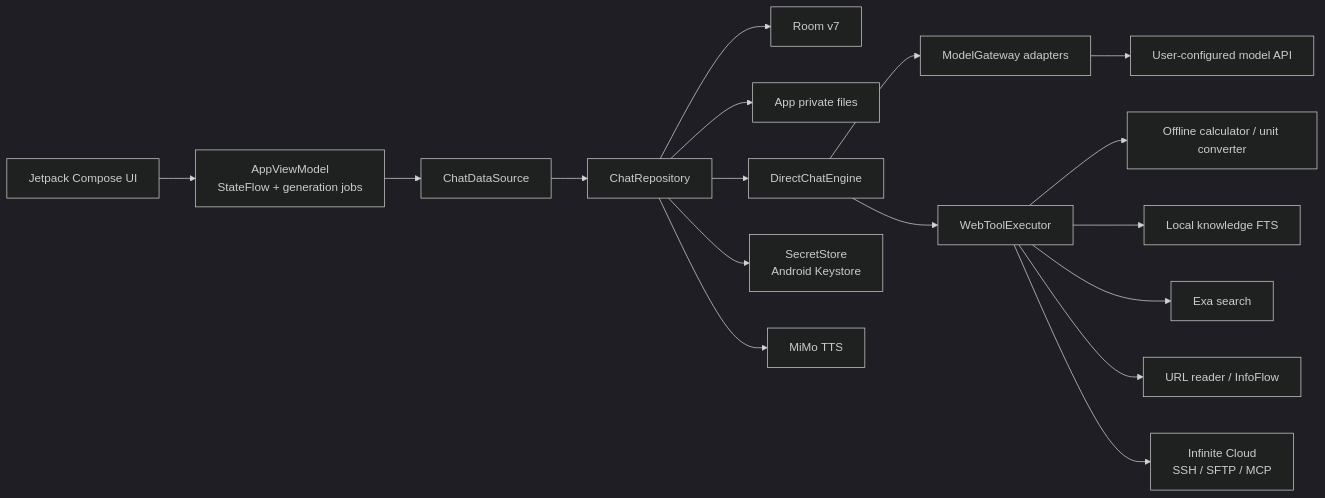
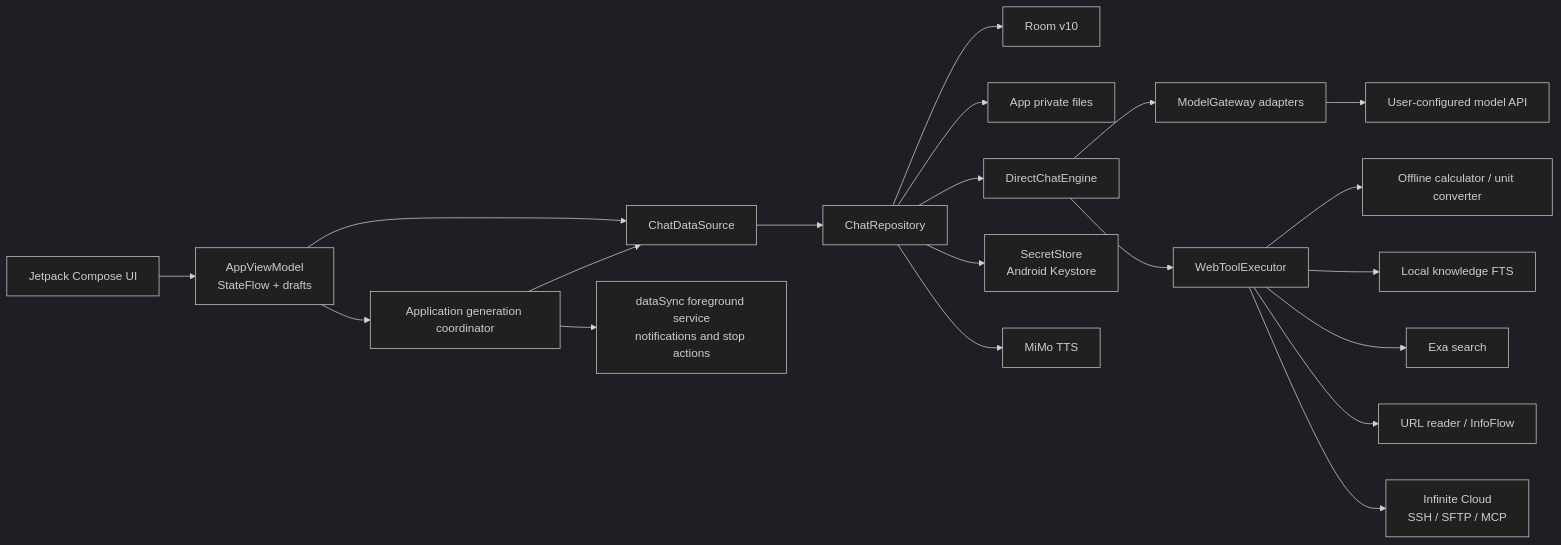
Before and after one commit to mekwenby/TokenFlowApp: the diagram in docs/ARCHITECTURE.md, drawn with Mermaid (dark theme). The commit also changed other lines of this file and 59 other files, not shown here.

````diff
--- a/docs/ARCHITECTURE.md
+++ b/docs/ARCHITECTURE.md
@@ -7,19 +7,22 @@
 ```mermaid
 flowchart LR
-    UI["Jetpack Compose UI"] --> VM["AppViewModel\nStateFlow + generation jobs"]
+    UI["Jetpack Compose UI"] --> VM["AppViewModel\nStateFlow + drafts"]
     VM --> DS["ChatDataSource"]
+    VM --> Coordinator["Application generation coordinator"]
+    Coordinator --> DS
+    Coordinator --> FGS["dataSync foreground service\nnotifications and stop actions"]
     DS --> Repo["ChatRepository"]
-    Repo --> DB["Room v7"]
+    Repo --> DB["Room v10"]
     Repo --> Files["App private files"]
     Repo --> Engine["DirectChatEngine"]
     Engine --> Gateway["ModelGateway adapters"]
     Gateway --> Provider["User-configured model API"]
     Engine --> Tools["WebToolExecutor"]
     Tools --> Offline["Offline calculator / unit converter"]
     Tools --> KB["Local knowledge FTS"]
     Tools --> Exa["Exa search"]
     Tools --> Reader["URL reader / InfoFlow"]
     Tools --> Cloud["Infinite Cloud\nSSH / SFTP / MCP"]
     Repo --> Secrets["SecretStore\nAndroid Keystore"]
     Repo --> TTS["MiMo TTS"]
 ```
````
